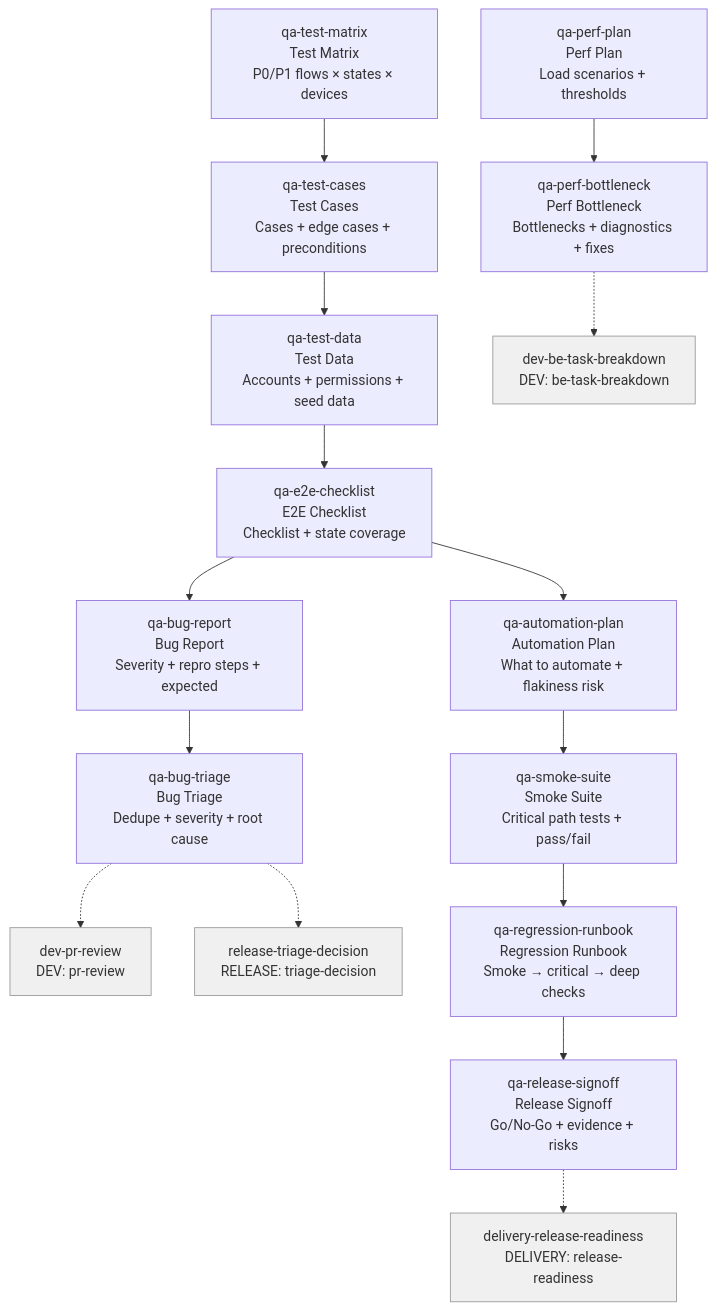
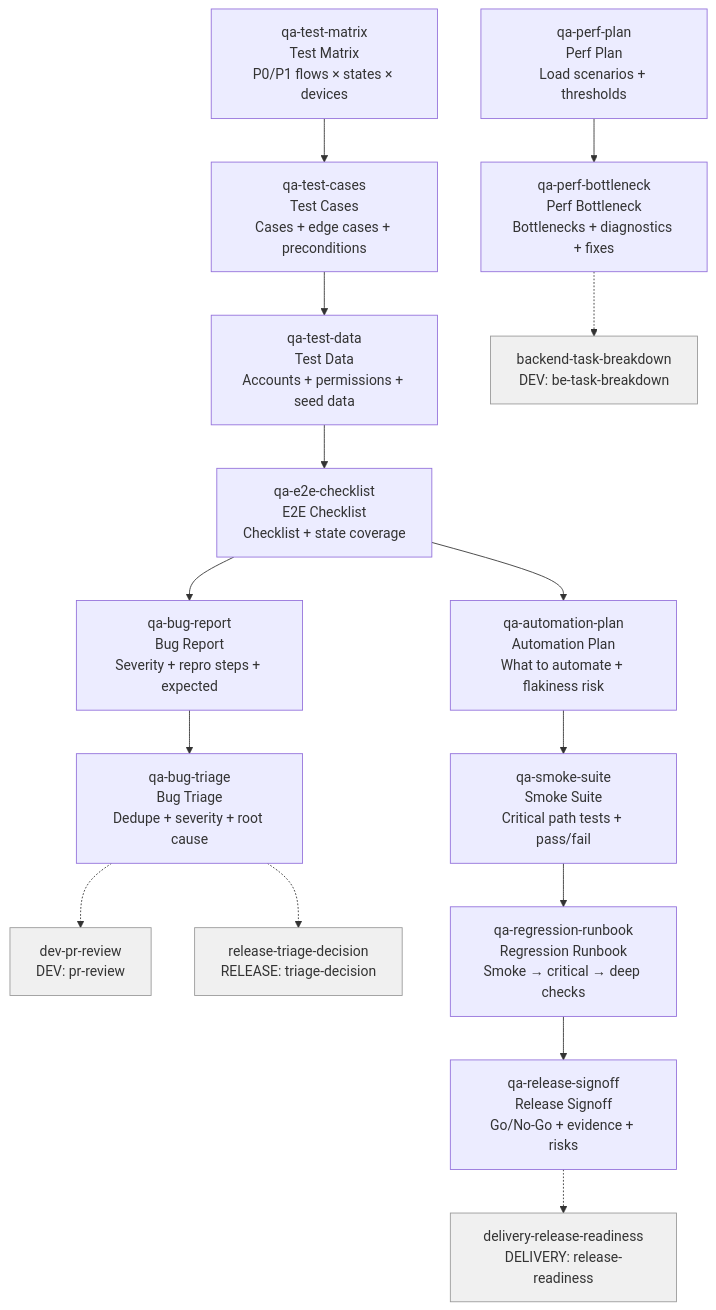
Before and after one commit to parhumm/jaan-to: the diagram in docs/roadmap/tasks/role-skills/qa.md, drawn with Mermaid. The commit also changed other lines of this file and 22 other files, not shown here.

````diff
--- a/docs/roadmap/tasks/role-skills/qa.md
+++ b/docs/roadmap/tasks/role-skills/qa.md
@@ -14,22 +14,22 @@
 ```mermaid
 flowchart TD
     jaan-to-qa-test-matrix["qa-test-matrix<br>Test Matrix<br>P0/P1 flows × states × devices"] --> qa-test-cases["qa-test-cases<br>Test Cases<br>Cases + edge cases + preconditions"]
     qa-test-cases["qa-test-cases<br>Test Cases<br>Cases + edge cases + preconditions"] --> jaan-to-qa-test-data["qa-test-data<br>Test Data<br>Accounts + permissions + seed data"]
     jaan-to-qa-test-data["qa-test-data<br>Test Data<br>Accounts + permissions + seed data"] --> jaan-to-qa-e2e-checklist["qa-e2e-checklist<br>E2E Checklist<br>Checklist + state coverage"]
     jaan-to-qa-e2e-checklist["qa-e2e-checklist<br>E2E Checklist<br>Checklist + state coverage"] --> jaan-to-qa-bug-report["qa-bug-report<br>Bug Report<br>Severity + repro steps + expected"]
     jaan-to-qa-e2e-checklist["qa-e2e-checklist<br>E2E Checklist<br>Checklist + state coverage"] --> jaan-to-qa-automation-plan["qa-automation-plan<br>Automation Plan<br>What to automate + flakiness risk"]
     jaan-to-qa-bug-report["qa-bug-report<br>Bug Report<br>Severity + repro steps + expected"] --> jaan-to-qa-bug-triage["qa-bug-triage<br>Bug Triage<br>Dedupe + severity + root cause"]
     jaan-to-qa-bug-triage["qa-bug-triage<br>Bug Triage<br>Dedupe + severity + root cause"] -.-> jaan-to-dev-pr-review["dev-pr-review<br>DEV: pr-review"]
     jaan-to-qa-bug-triage["qa-bug-triage<br>Bug Triage<br>Dedupe + severity + root cause"] -.-> jaan-to-release-triage-decision["release-triage-decision<br>RELEASE: triage-decision"]
     jaan-to-qa-perf-plan["qa-perf-plan<br>Perf Plan<br>Load scenarios + thresholds"] --> jaan-to-qa-perf-bottleneck["qa-perf-bottleneck<br>Perf Bottleneck<br>Bottlenecks + diagnostics + fixes"]
-    jaan-to-qa-perf-bottleneck["qa-perf-bottleneck<br>Perf Bottleneck<br>Bottlenecks + diagnostics + fixes"] -.-> dev-be-task-breakdown["dev-be-task-breakdown<br>DEV: be-task-breakdown"]
+    jaan-to-qa-perf-bottleneck["qa-perf-bottleneck<br>Perf Bottleneck<br>Bottlenecks + diagnostics + fixes"] -.-> backend-task-breakdown["backend-task-breakdown<br>DEV: be-task-breakdown"]
     jaan-to-qa-automation-plan["qa-automation-plan<br>Automation Plan<br>What to automate + flakiness risk"] --> jaan-to-qa-smoke-suite["qa-smoke-suite<br>Smoke Suite<br>Critical path tests + pass/fail"]
     jaan-to-qa-smoke-suite["qa-smoke-suite<br>Smoke Suite<br>Critical path tests + pass/fail"] --> jaan-to-qa-regression-runbook["qa-regression-runbook<br>Regression Runbook<br>Smoke → critical → deep checks"]
     jaan-to-qa-regression-runbook["qa-regression-runbook<br>Regression Runbook<br>Smoke → critical → deep checks"] --> jaan-to-qa-release-signoff["qa-release-signoff<br>Release Signoff<br>Go/No-Go + evidence + risks"]
     jaan-to-qa-release-signoff["qa-release-signoff<br>Release Signoff<br>Go/No-Go + evidence + risks"] -.-> jaan-to-delivery-release-readiness["delivery-release-readiness<br>DELIVERY: release-readiness"]
 
     style jaan-to-dev-pr-review fill:#f0f0f0,stroke:#999
     style jaan-to-release-triage-decision fill:#f0f0f0,stroke:#999
-    style dev-be-task-breakdown fill:#f0f0f0,stroke:#999
+    style backend-task-breakdown fill:#f0f0f0,stroke:#999
     style jaan-to-delivery-release-readiness fill:#f0f0f0,stroke:#999
 ```
````
